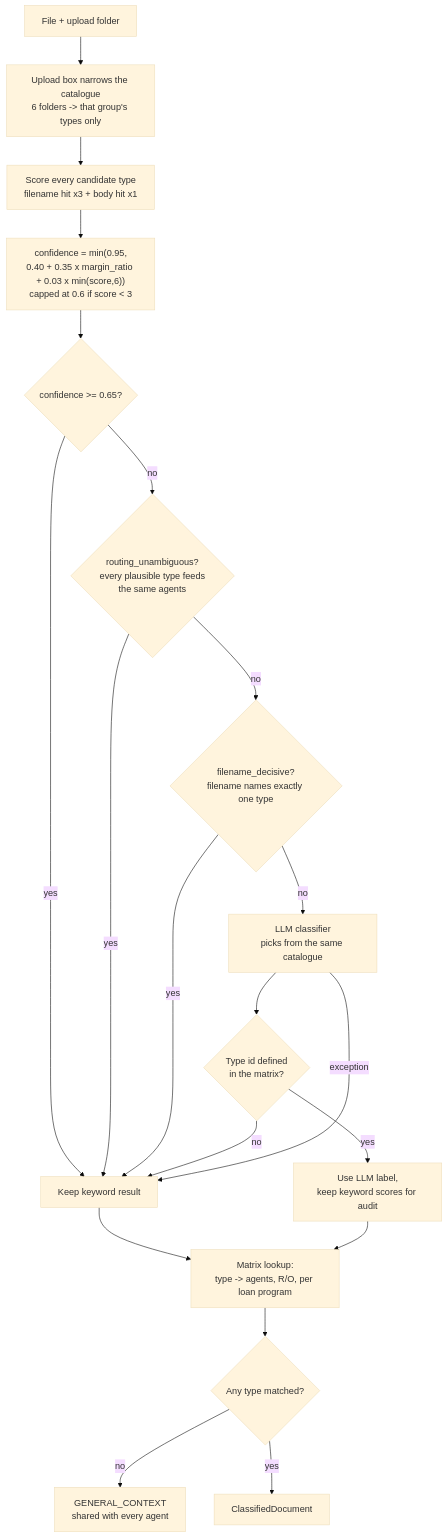
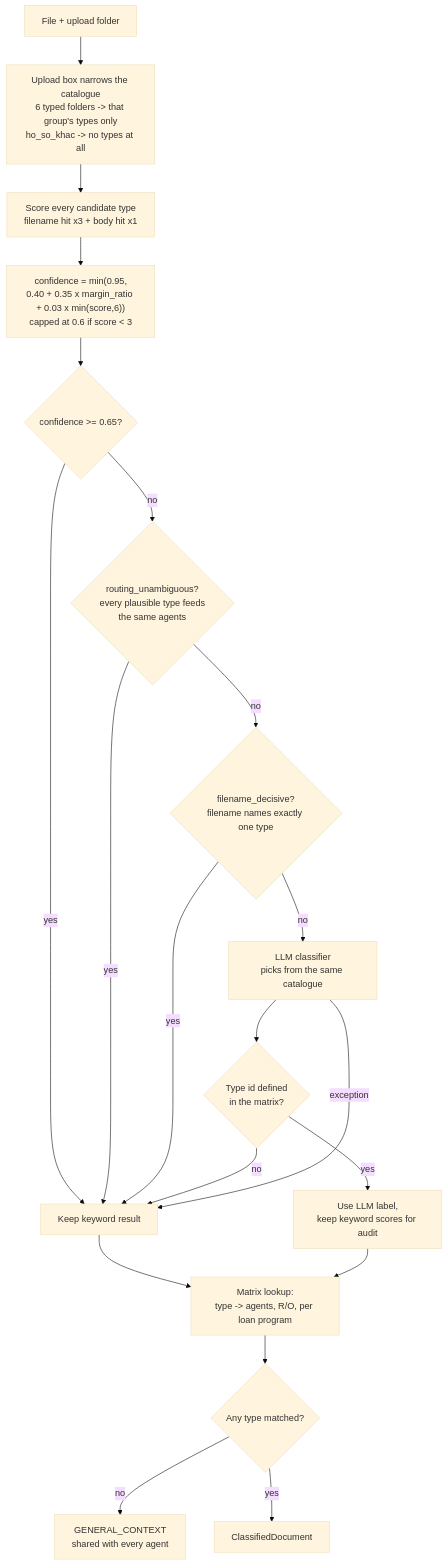
One commit to hodongtu/SME-creditmemo-multi-agent changed the sixth of 11 diagrams in docs/technical-solution.md. Above: the diagram before and after it, drawn with Mermaid (base theme). The commit also changed other lines of this file and 9 other files, not shown here.

````diff
--- a/docs/technical-solution.md
+++ b/docs/technical-solution.md
@@ -441,22 +441,22 @@
 ```mermaid
 flowchart TD
-    A["File + upload folder"] --> B["Upload box narrows the catalogue<br/>6 folders -> that group's types only"]
+    A["File + upload folder"] --> B["Upload box narrows the catalogue<br/>6 typed folders -> that group's types only<br/>ho_so_khac -> no types at all"]
     B --> C["Score every candidate type<br/>filename hit x3 + body hit x1"]
     C --> D["confidence = min(0.95,<br/>0.40 + 0.35 x margin_ratio + 0.03 x min(score,6))<br/>capped at 0.6 if score &lt; 3"]
     D --> E{"confidence >= 0.65?"}
     E -->|yes| K["Keep keyword result"]
     E -->|no| F{"routing_unambiguous?<br/>every plausible type feeds<br/>the same agents"}
     F -->|yes| K
     F -->|no| G{"filename_decisive?<br/>filename names exactly one type"}
     G -->|yes| K
     G -->|no| H["LLM classifier<br/>picks from the same catalogue"]
     H --> I{"Type id defined<br/>in the matrix?"}
     I -->|no| K
     I -->|yes| J["Use LLM label,<br/>keep keyword scores for audit"]
     H -->|exception| K
     K --> L["Matrix lookup:<br/>type -> agents, R/O, per loan program"]
     J --> L
     L --> M{"Any type matched?"}
     M -->|no| N["GENERAL_CONTEXT<br/>shared with every agent"]
     M -->|yes| O["ClassifiedDocument"]
 ```
````
